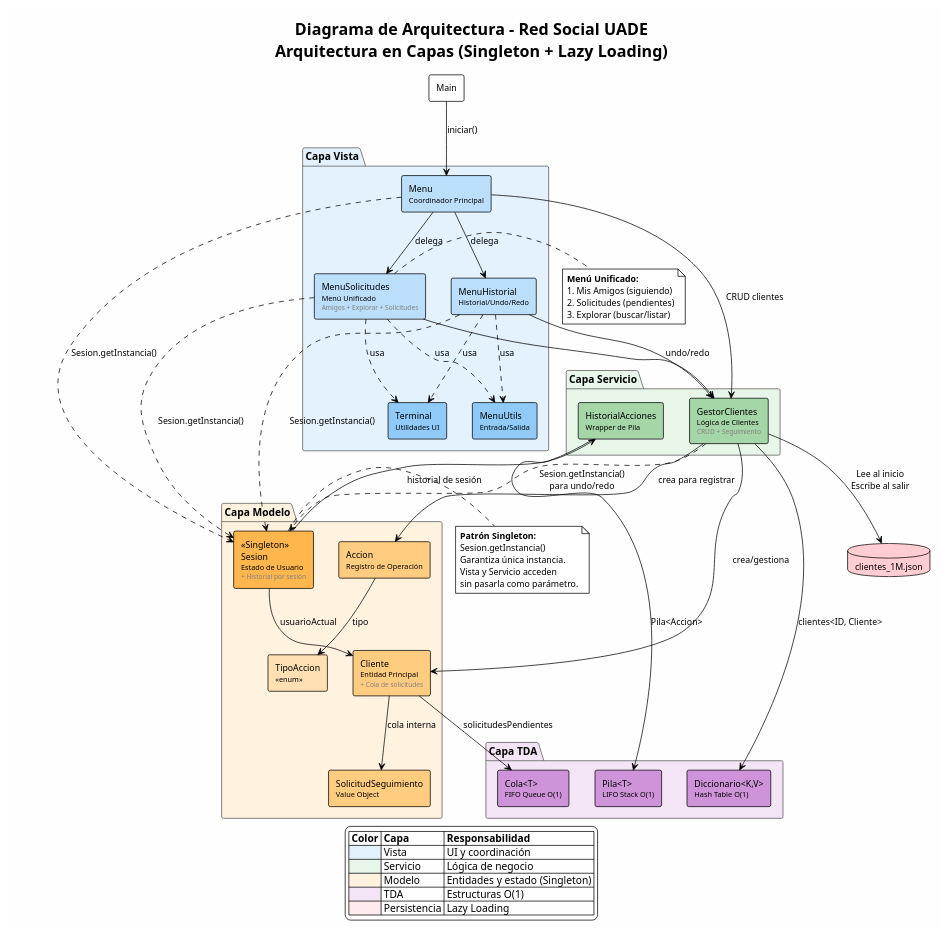
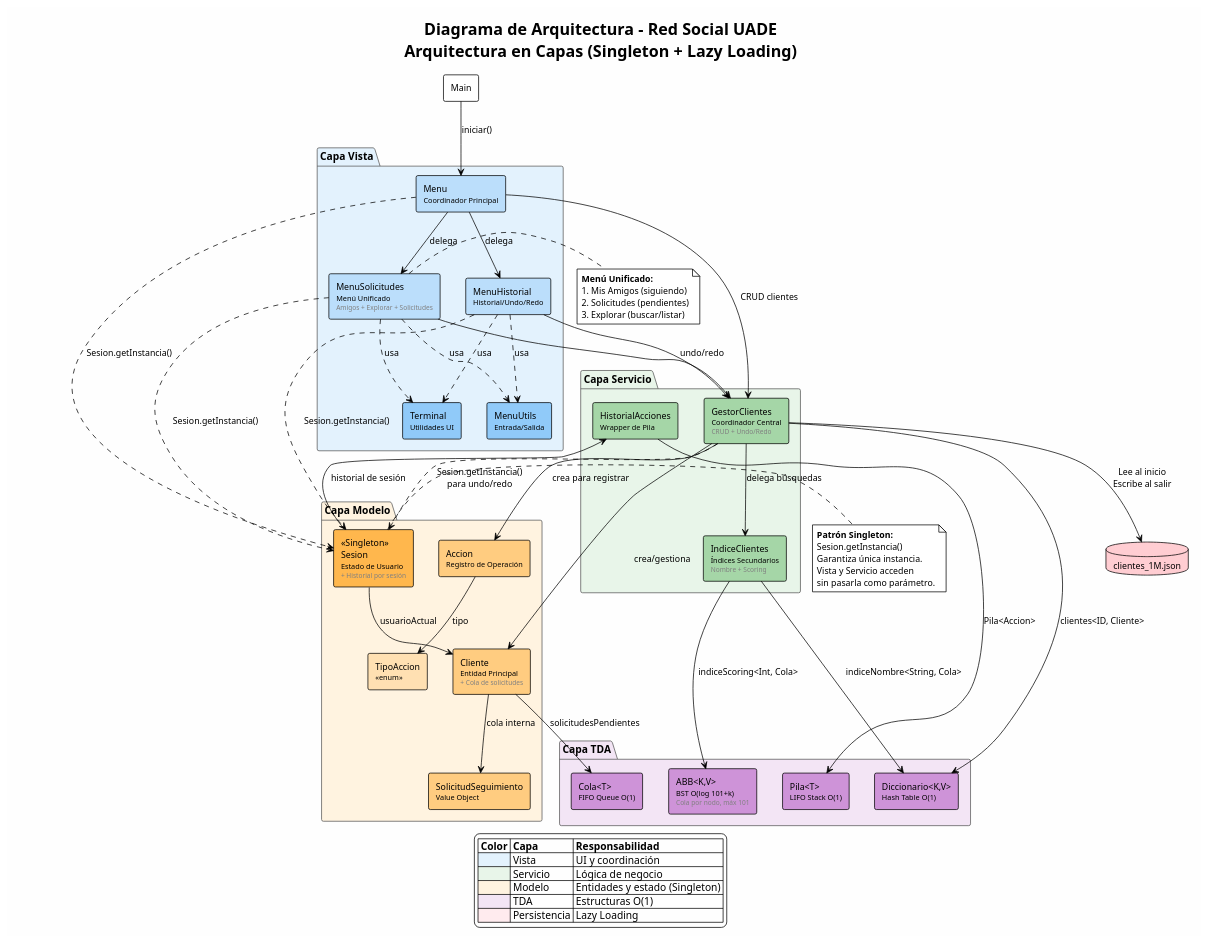
One commit to andreiveisuade/TPO-AyED-II---Red-Social-UADE---Grupo-12 changed the diagram in docs/diagramas/diagrama_arquitectura.puml. Above: the diagram before and after it, drawn with PlantUML. The commit also changed 61 other files, not shown here.

```diff
--- a/docs/diagramas/diagrama_arquitectura.puml
+++ b/docs/diagramas/diagrama_arquitectura.puml
@@ -1,124 +1,131 @@
 @startuml Arquitectura del Sistema
 !theme plain
 skinparam backgroundColor #FEFEFE
 skinparam componentStyle rectangle
 skinparam defaultFontSize 12
 skinparam packageBorderColor #555
 skinparam packageFontSize 14
 skinparam packageFontStyle bold
 
 title **Diagrama de Arquitectura - Red Social UADE**\nArquitectura en Capas (Singleton + Lazy Loading)
 
 ' ==========================================
 ' CAPA DE PRESENTACIÓN (VISTA)
 ' ==========================================
 package "Capa Vista" as vista #E3F2FD {
     component [Menu\n<font size="10">Coordinador Principal</font>] as menu #BBDEFB
     component [MenuSolicitudes\n<font size="10">Menú Unificado</font>\n<font size="9" color="gray">Amigos + Explorar + Solicitudes</font>] as menuSolicitudes #BBDEFB
     component [MenuHistorial\n<font size="10">Historial/Undo/Redo</font>] as menuHistorial #BBDEFB
     component [Terminal\n<font size="10">Utilidades UI</font>] as terminal #90CAF9
     component [MenuUtils\n<font size="10">Entrada/Salida</font>] as menuUtils #90CAF9
 }
 
 ' ==========================================
 ' CAPA DE LÓGICA DE NEGOCIO (SERVICIOS)
 ' ==========================================
 package "Capa Servicio" as servicio #E8F5E9 {
-    component [GestorClientes\n<font size="10">Lógica de Clientes</font>\n<font size="9" color="gray">CRUD + Seguimiento</font>] as gestor #A5D6A7
+    component [GestorClientes\n<font size="10">Coordinador Central</font>\n<font size="9" color="gray">CRUD + Undo/Redo</font>] as gestor #A5D6A7
+    component [IndiceClientes\n<font size="10">Índices Secundarios</font>\n<font size="9" color="gray">Nombre + Scoring</font>] as indiceClientes #A5D6A7
     component [HistorialAcciones\n<font size="10">Wrapper de Pila</font>] as historialAcciones #A5D6A7
 }
 
 ' ==========================================
 ' CAPA DE MODELO (ENTIDADES DE DOMINIO)
 ' ==========================================
 package "Capa Modelo" as modelo #FFF3E0 {
     component [<<Singleton>>\nSesion\n<font size="10">Estado de Usuario</font>\n<font size="9" color="gray">+ Historial por sesión</font>] as sesion #FFB74D
     component [Cliente\n<font size="10">Entidad Principal</font>\n<font size="9" color="gray">+ Cola de solicitudes</font>] as cliente #FFCC80
     component [Accion\n<font size="10">Registro de Operación</font>] as accion #FFCC80
     component [SolicitudSeguimiento\n<font size="10">Value Object</font>] as solicitud #FFCC80
     component [TipoAccion\n<font size="10"><<enum>></font>] as tipoAccion #FFE0B2
 }
 
 ' ==========================================
 ' CAPA DE TDA (ESTRUCTURAS DE DATOS)
 ' ==========================================
 package "Capa TDA" as tda #F3E5F5 {
     component [Diccionario<K,V>\n<font size="10">Hash Table O(1)</font>] as diccionario #CE93D8
+    component [ABB<K,V>\n<font size="10">BST O(log 101+k)</font>\n<font size="9" color="gray">Cola por nodo, máx 101</font>] as abb #CE93D8
     component [Pila<T>\n<font size="10">LIFO Stack O(1)</font>] as pila #CE93D8
     component [Cola<T>\n<font size="10">FIFO Queue O(1)</font>] as cola #CE93D8
 }
 
 ' ==========================================
 ' PERSISTENCIA (Directa)
 ' ==========================================
 database "clientes_1M.json" as jsonFile #FFCDD2
 
 ' ==========================================
 ' RELACIONES ENTRE CAPAS
 ' ==========================================
 ' Main → Vista
 [Main] --> menu : iniciar()
 
 ' Composición dentro de Vista
 menu --> menuSolicitudes : delega
 menu --> menuHistorial : delega
 menuSolicitudes ..> terminal : usa
 menuHistorial ..> terminal : usa
 menuSolicitudes ..> menuUtils : usa
 menuHistorial ..> menuUtils : usa
 
 ' Vista → Servicio (sin pasar Sesion como parámetro)
 menu --> gestor : CRUD clientes
 menu ..> sesion : "Sesion.getInstancia()"
 menuSolicitudes --> gestor
 menuSolicitudes ..> sesion : "Sesion.getInstancia()"
 menuHistorial --> gestor : undo/redo
 menuHistorial ..> sesion : "Sesion.getInstancia()"
 
 ' Servicio usa Singleton
 gestor ..> sesion : "Sesion.getInstancia()\npara undo/redo"
 gestor --> cliente : crea/gestiona
 gestor --> accion : crea para registrar
 
 ' Modelo interno
 sesion --> cliente : "usuarioActual"
 sesion --> historialAcciones : "historial de sesión"
 cliente --> solicitud : "cola interna"
 cliente --> cola : "solicitudesPendientes"
 accion --> tipoAccion : tipo
 
+' Servicio → IndiceClientes
+gestor --> indiceClientes : "delega búsquedas"
+indiceClientes --> diccionario : "indiceNombre<String, Cola>"
+indiceClientes --> abb : "indiceScoring<Int, Cola>"
+
 ' Servicio → TDA
 gestor --> diccionario : "clientes<ID, Cliente>"
 historialAcciones --> pila : "Pila<Accion>"
 
 ' Persistencia (Simulada Directa)
 gestor --> jsonFile : "Lee al inicio\nEscribe al salir"
 
 ' ==========================================
 ' NOTAS
 ' ==========================================
 note right of sesion
     <b>Patrón Singleton:</b>
     Sesion.getInstancia()
     Garantiza única instancia.
     Vista y Servicio acceden
     sin pasarla como parámetro.
 end note
 
 note right of menuSolicitudes
     <b>Menú Unificado:</b>
     1. Mis Amigos (siguiendo)
     2. Solicitudes (pendientes)
     3. Explorar (buscar/listar)
 end note
 
 legend bottom
     |= Color |= Capa |= Responsabilidad |
     | <#E3F2FD> | Vista | UI y coordinación |
     | <#E8F5E9> | Servicio | Lógica de negocio |
     | <#FFF3E0> | Modelo | Entidades y estado (Singleton) |
     | <#F3E5F5> | TDA | Estructuras O(1) |
     | <#FFEBEE> | Persistencia | Lazy Loading |
 end legend
 
 @enduml
```
